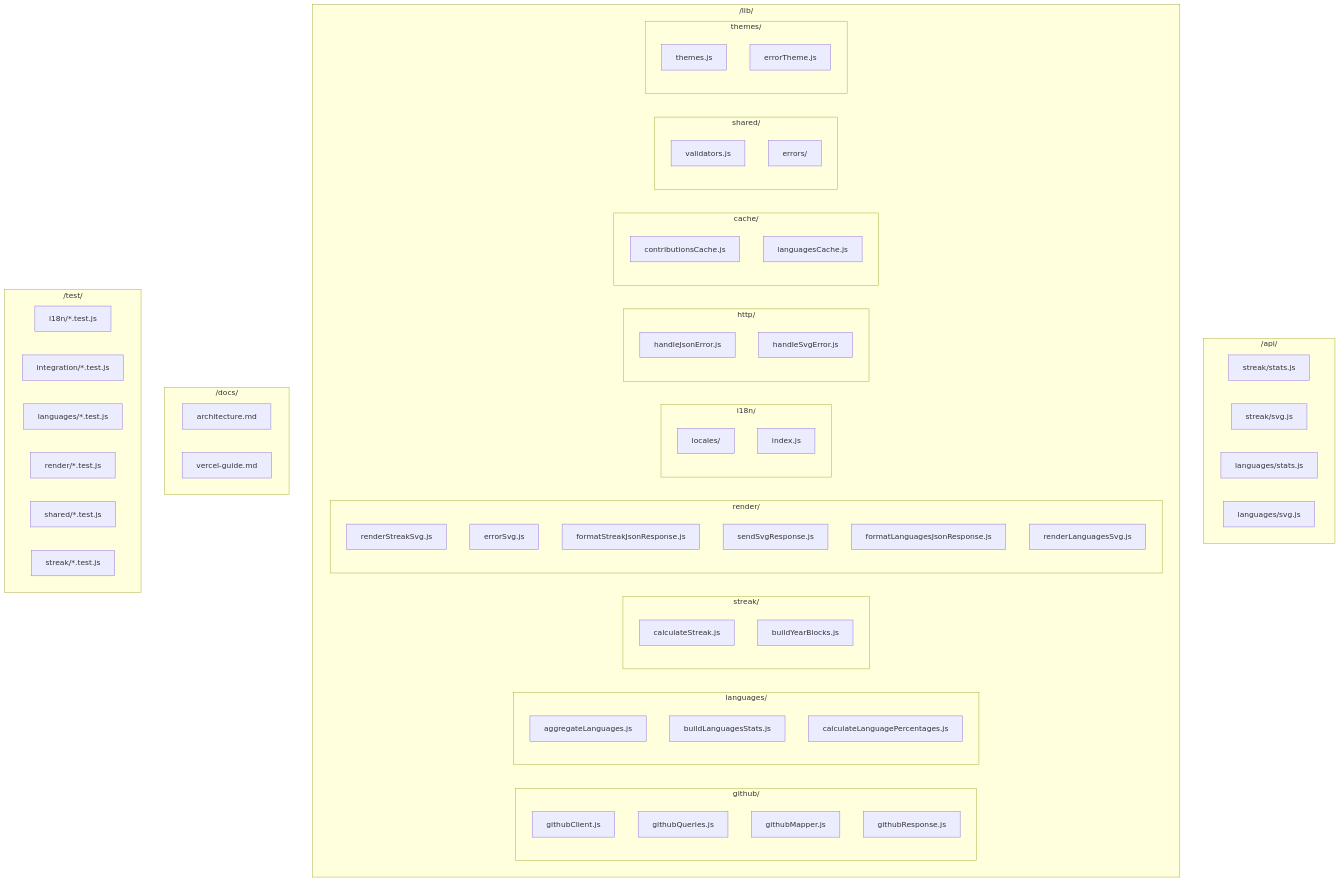
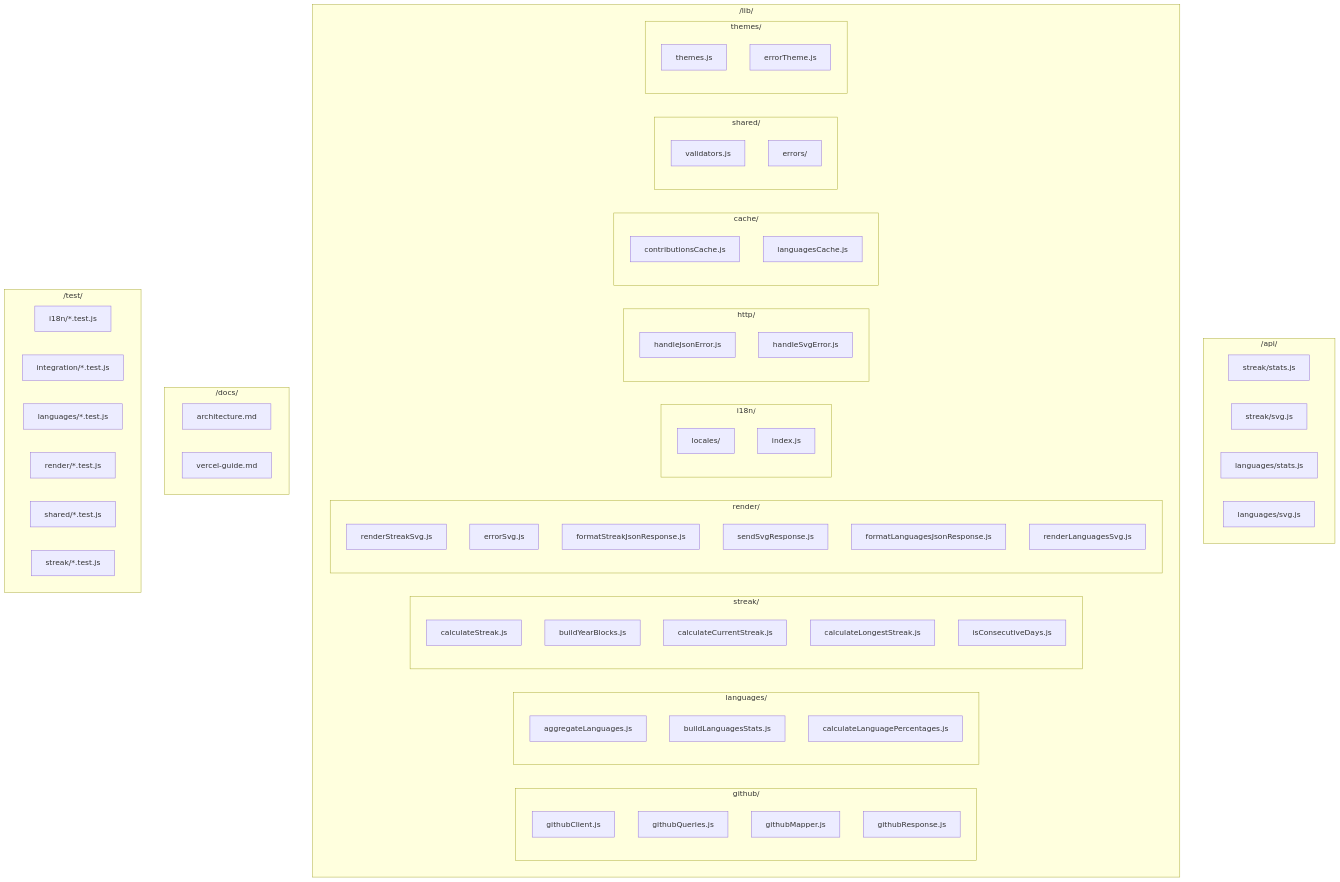
One commit to FlavioKde/github-streak-stats-api changed the first of 2 diagrams in docs/architecture.md. Above: the diagram before and after it, drawn with Mermaid. The commit also changed other lines of this file, not shown here.

Commit message:
docs: update architecture.md adapted to module architecture

```diff
--- a/docs/architecture.md
+++ b/docs/architecture.md
@@ -54,6 +54,9 @@
         subgraph Streak Domain ["streak/"]
             S1["calculateStreak.js"]
             S2["buildYearBlocks.js"]
+            S3["calculateCurrentStreak.js"]
+            S4["calculateLongestStreak.js"]
+            S5["isConsecutiveDays.js"]
         end
 
         subgraph Rendering ["render/"]
```
